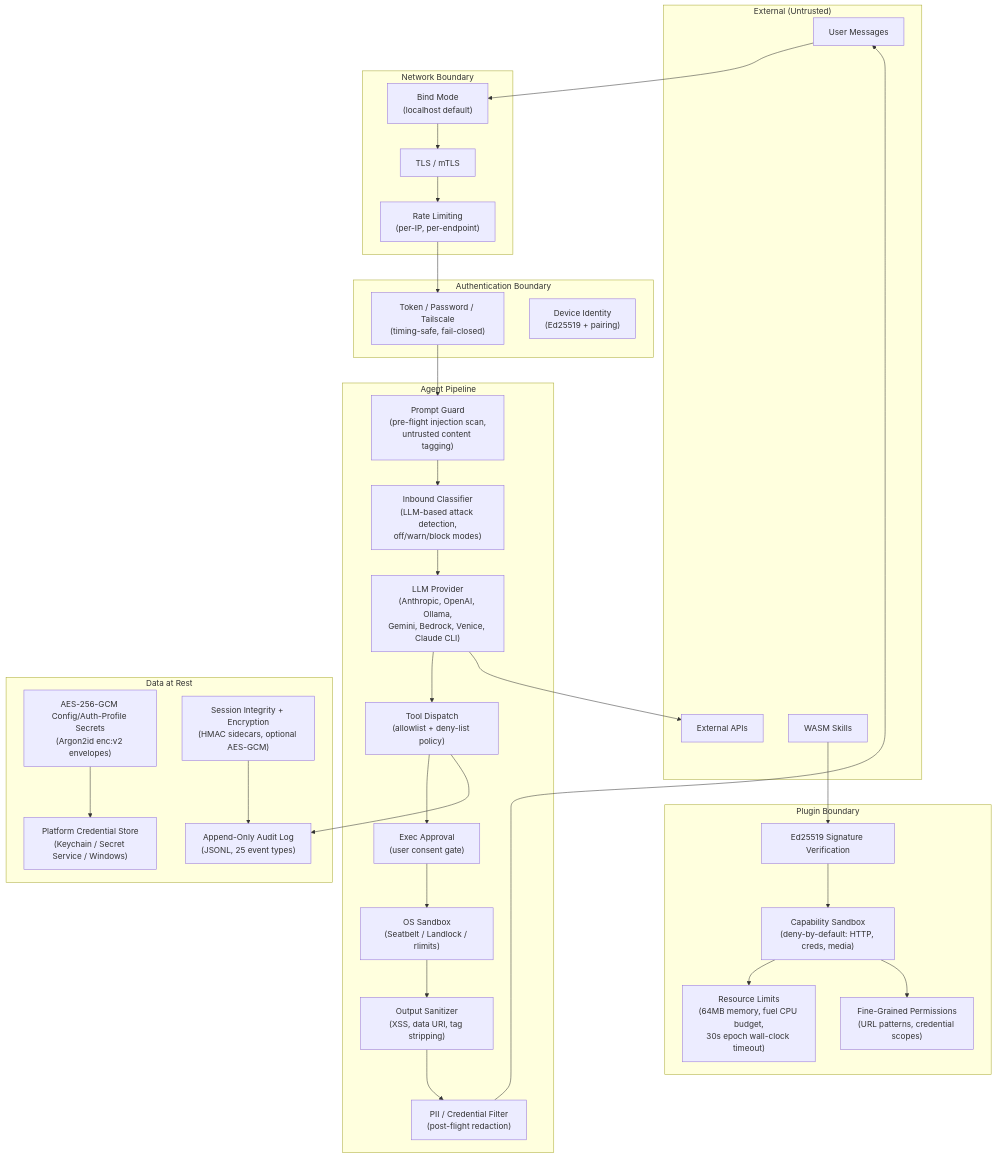
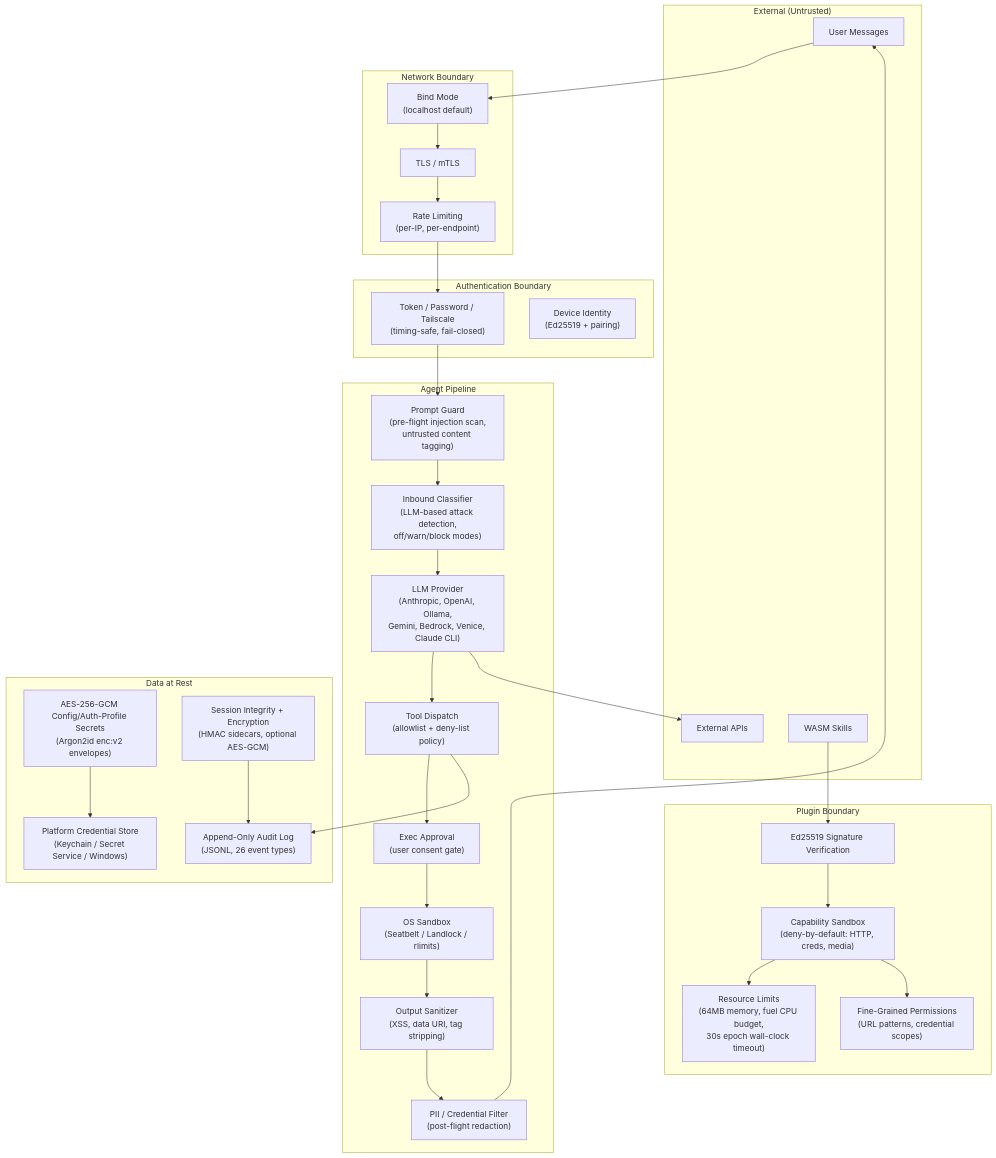
One commit to puremachinery/carapace changed the diagram in docs/security.md. Above: the diagram before and after it, drawn with Mermaid. The commit also changed other lines of this file and 16 other files, not shown here.

````diff
--- a/docs/security.md
+++ b/docs/security.md
@@ -40,59 +40,59 @@
 ```mermaid
 graph TB
     subgraph "External (Untrusted)"
         User[User Messages]
         ExtAPI[External APIs]
         Skills[WASM Skills]
     end
 
     subgraph "Network Boundary"
         Bind["Bind Mode<br/>(localhost default)"]
         TLS["TLS / mTLS"]
         RateLimit["Rate Limiting<br/>(per-IP, per-endpoint)"]
     end
 
     subgraph "Authentication Boundary"
         Auth["Token / Password / Tailscale<br/>(timing-safe, fail-closed)"]
         DeviceAuth["Device Identity<br/>(Ed25519 + pairing)"]
     end
 
     subgraph "Agent Pipeline"
         PromptGuard["Prompt Guard<br/>(pre-flight injection scan,<br/>untrusted content tagging)"]
         Classifier["Inbound Classifier<br/>(LLM-based attack detection,<br/>off/warn/block modes)"]
         LLM["LLM Provider<br/>(Anthropic, OpenAI, Ollama,<br/>Gemini, Bedrock, Venice, Claude CLI)"]
         ToolDispatch["Tool Dispatch<br/>(allowlist + deny-list policy)"]
         ExecApproval["Exec Approval<br/>(user consent gate)"]
         Sandbox["OS Sandbox<br/>(Seatbelt / Landlock / rlimits)"]
         OutputCSP["Output Sanitizer<br/>(XSS, data URI, tag stripping)"]
         PIIFilter["PII / Credential Filter<br/>(post-flight redaction)"]
     end
 
     subgraph "Data at Rest"
         Secrets["AES-256-GCM Config/Auth-Profile Secrets<br/>(Argon2id enc:v2 envelopes)"]
         Sessions["Session Integrity + Encryption<br/>(HMAC sidecars, optional AES-GCM)"]
-        Audit["Append-Only Audit Log<br/>(JSONL, 25 event types)"]
+        Audit["Append-Only Audit Log<br/>(JSONL, 26 event types)"]
         Keychain["Platform Credential Store<br/>(Keychain / Secret Service / Windows)"]
     end
 
     subgraph "Plugin Boundary"
         PluginSig["Ed25519 Signature Verification"]
         PluginCaps["Capability Sandbox<br/>(deny-by-default: HTTP, creds, media)"]
         PluginRes["Resource Limits<br/>(64MB memory, fuel CPU budget,<br/>30s epoch wall-clock timeout)"]
         PluginPerms["Fine-Grained Permissions<br/>(URL patterns, credential scopes)"]
     end
 
     User --> Bind --> TLS --> RateLimit --> Auth
     Auth --> PromptGuard --> Classifier --> LLM
     LLM --> ToolDispatch --> ExecApproval --> Sandbox
     Sandbox --> OutputCSP --> PIIFilter
     PIIFilter --> User
 
     LLM --> ExtAPI
     ToolDispatch --> Audit
 
     Skills --> PluginSig --> PluginCaps --> PluginRes
     PluginCaps --> PluginPerms
 
     Secrets --> Keychain
     Sessions --> Audit
 ```
````
